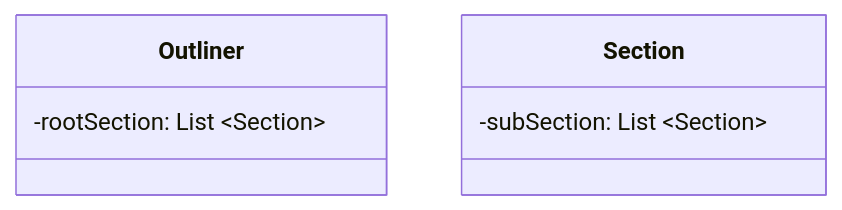
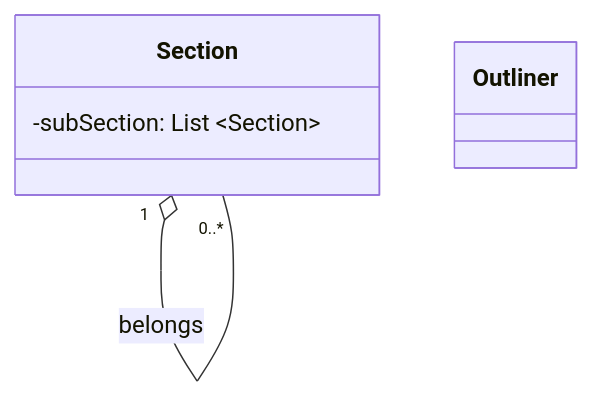
The diagram in docs/UMLTemplate.md (itsjihunpark/Microsoft-Word-Outliner-Clone), drawn with Mermaid before and after one commit.

Commit message:
Update file UMLTemplate.md

````diff
--- a/docs/UMLTemplate.md
+++ b/docs/UMLTemplate.md
@@ -24,11 +24,11 @@
 ```mermaid
 classDiagram
-  
+    Section "1" o-- "0..*" Section : belongs 
     class Outliner{
-      -rootSection: List ~Section~
+      
     }
     class Section{
       -subSection: List ~Section~
     }
 
 ```
````
